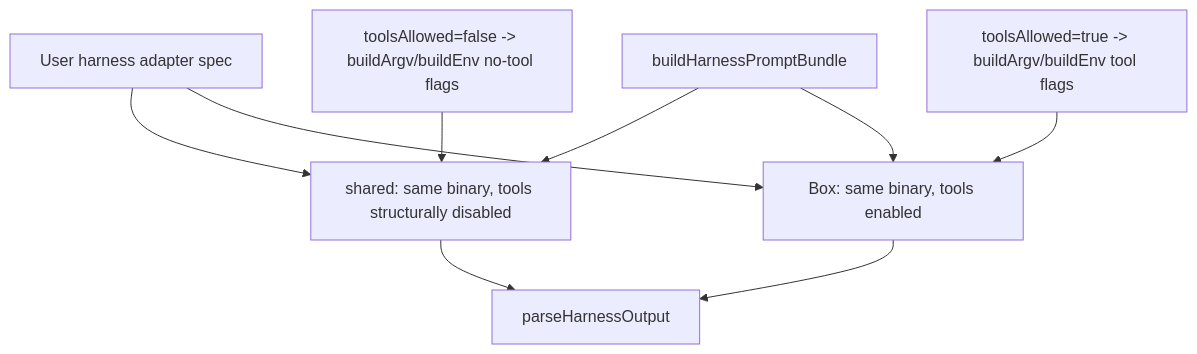
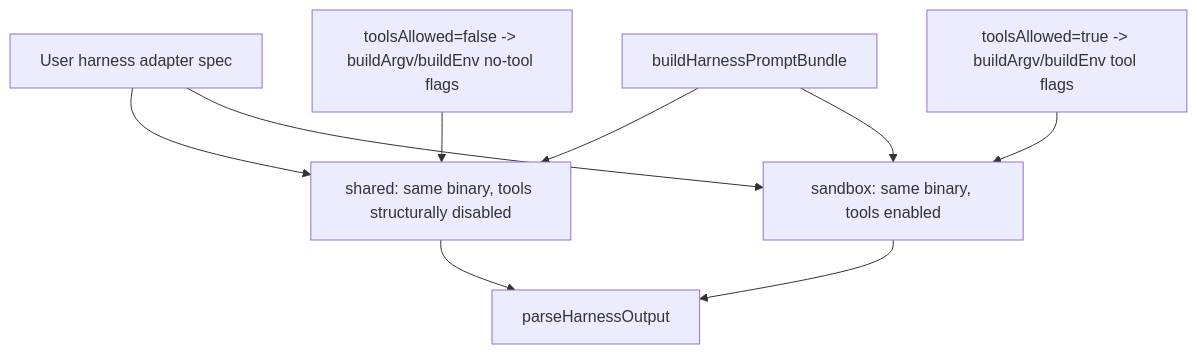
Before and after one commit to ariana-dot-dev/optibox: diagram 13 of 15 in docs/optibox-handoff-technical-report.md, drawn with Mermaid. The commit also changed other lines of this file and 26 other files, not shown here.

First line of the commit message:
rename Box to Boat: the product is Boat, the machine is a sandbox

````diff
--- a/docs/optibox-handoff-technical-report.md
+++ b/docs/optibox-handoff-technical-report.md
@@ -436,11 +436,11 @@
 ```mermaid
 flowchart TD
     G[User harness adapter spec] --> H[shared: same binary, tools structurally disabled]
-    G --> I[Box: same binary, tools enabled]
+    G --> I[sandbox: same binary, tools enabled]
     J[buildHarnessPromptBundle] --> H
     J --> I
     K[toolsAllowed=false -> buildArgv/buildEnv no-tool flags] --> H
     L[toolsAllowed=true -> buildArgv/buildEnv tool flags] --> I
     H --> P[parseHarnessOutput]
     I --> P
 ```
````
